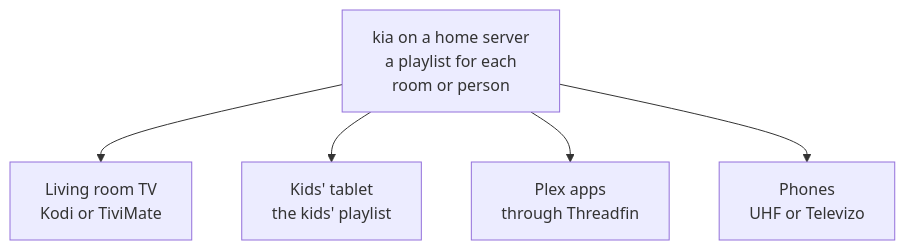
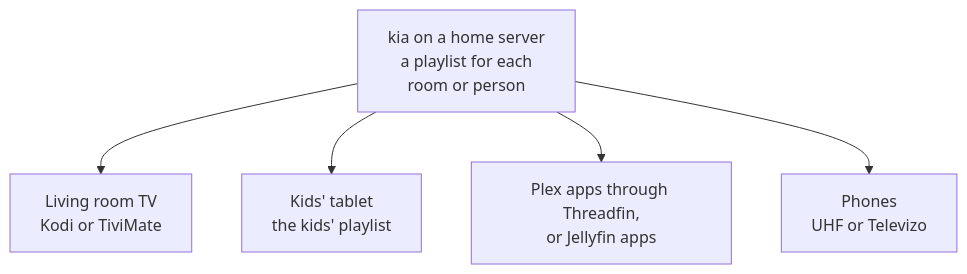
The diagram in docs/diagrams/every-room.mmd (southsidedean/kodi-iptv-assistant), drawn with Mermaid before and after one commit. The commit also changed 37 other files, not shown here.

```diff
--- a/docs/diagrams/every-room.mmd
+++ b/docs/diagrams/every-room.mmd
@@ -1,5 +1,5 @@
 flowchart TB
   kia["kia on a home server<br>a playlist for each<br>room or person"] --> lr["Living room TV<br>Kodi or TiviMate"]
   kia --> kids["Kids' tablet<br>the kids' playlist"]
-  kia --> plex["Plex apps<br>through Threadfin"]
+  kia --> plex["Plex apps through Threadfin,<br>or Jellyfin apps"]
   kia --> phone["Phones<br>UHF or Televizo"]
```
